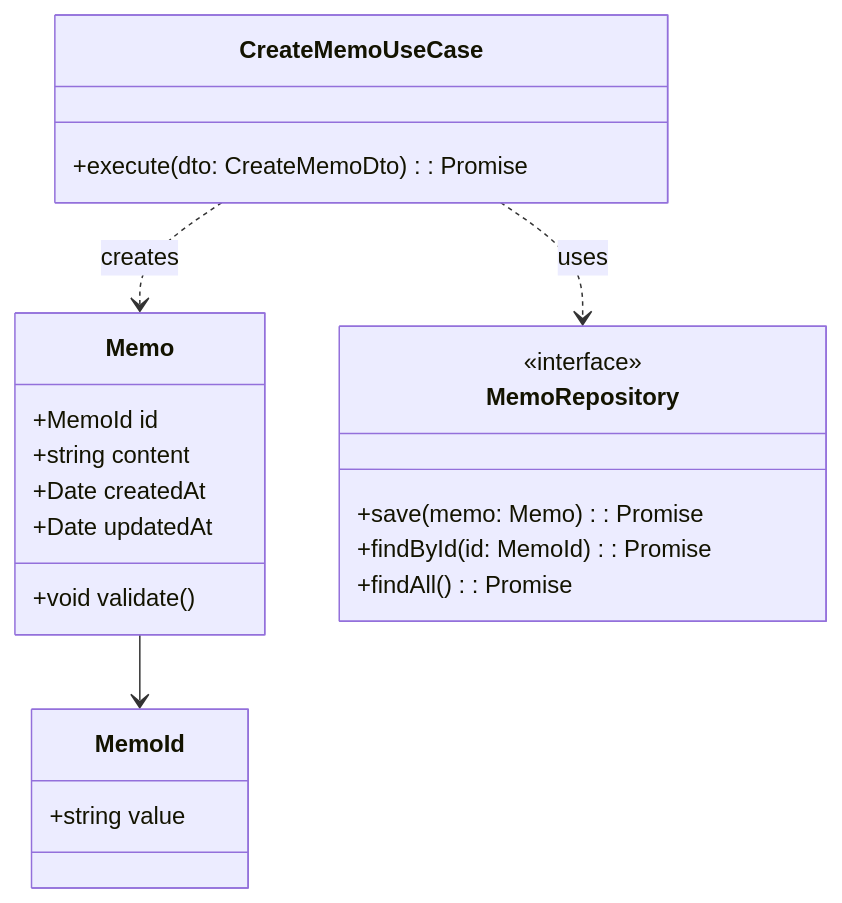
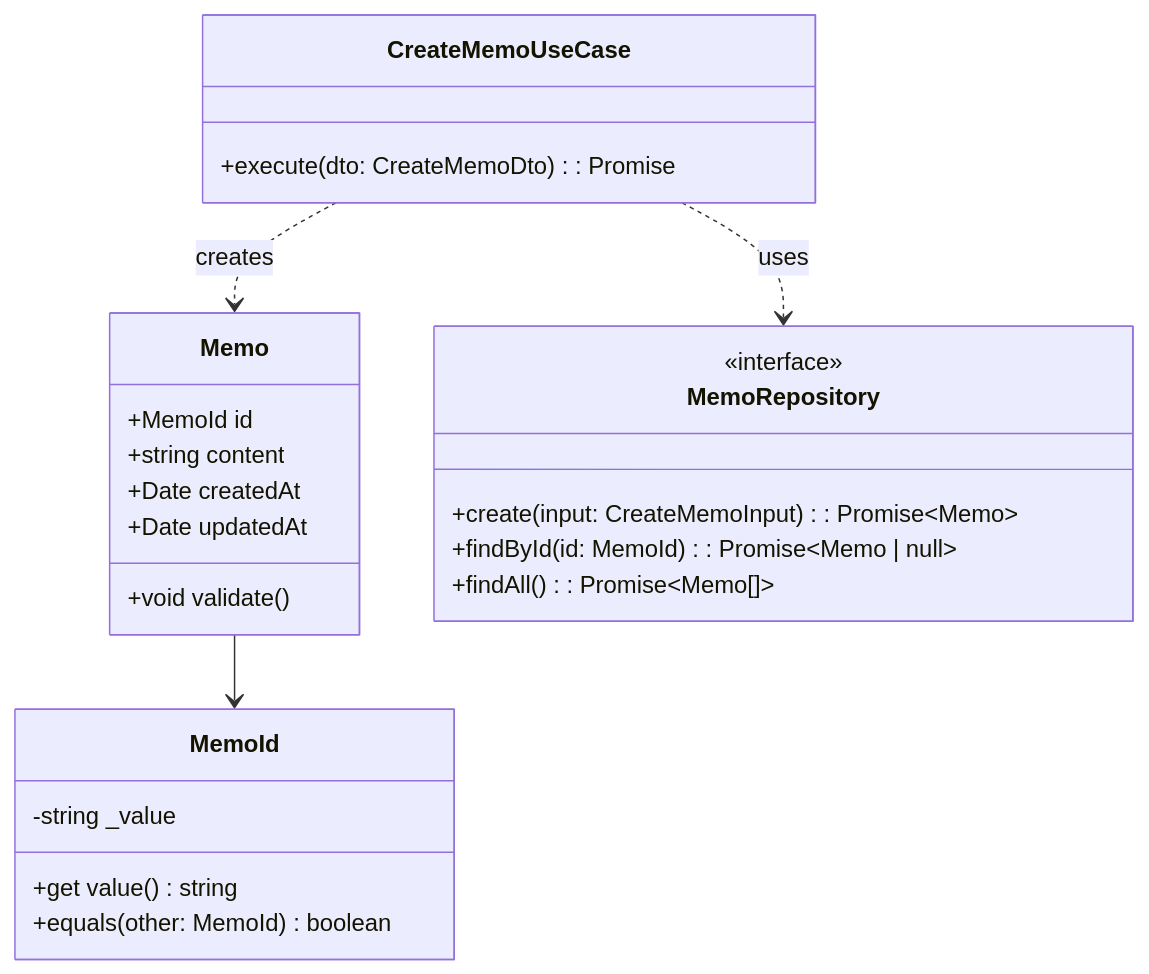
Before and after one commit to Hitamuki/study-web-modern-stack: the diagram in docs/domain-model.md, drawn with Mermaid. The commit also changed other lines of this file and 18 other files, not shown here.

````diff
--- a/docs/domain-model.md
+++ b/docs/domain-model.md
@@ -5,29 +5,32 @@
 ```mermaid
 classDiagram
   class Memo {
     +MemoId id
     +string content
     +Date createdAt
     +Date updatedAt
     +void validate()
   }
 
   class MemoId {
-    +string value
+    -string _value
+    +get value() string
+    +equals(other: MemoId) boolean
   }
 
   class MemoRepository {
     <<interface>>
-    +save(memo: Memo): Promise<void>
-    +findById(id: MemoId): Promise<Memo | null>
-    +findAll(): Promise<Memo[]>
+    <!-- TODO: createメソッドの引数はオブジェクトに -->
+    +create(input: CreateMemoInput): Promise~Memo~
+    +findById(id: MemoId): Promise~Memo | null~
+    +findAll(): Promise~Memo[]~
   }
 
   class CreateMemoUseCase {
     +execute(dto: CreateMemoDto): Promise<Memo>
   }
 
   Memo --> MemoId
   CreateMemoUseCase ..> Memo : creates
   CreateMemoUseCase ..> MemoRepository : uses
 ```
````
